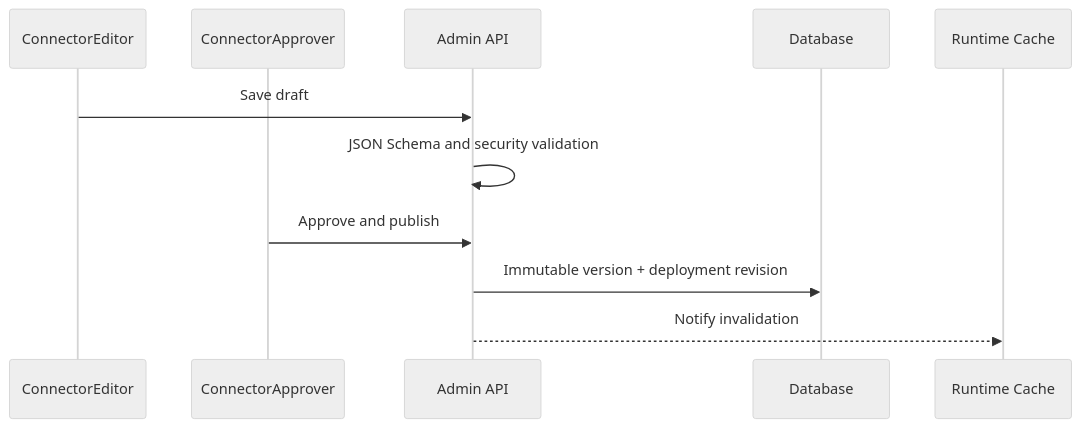
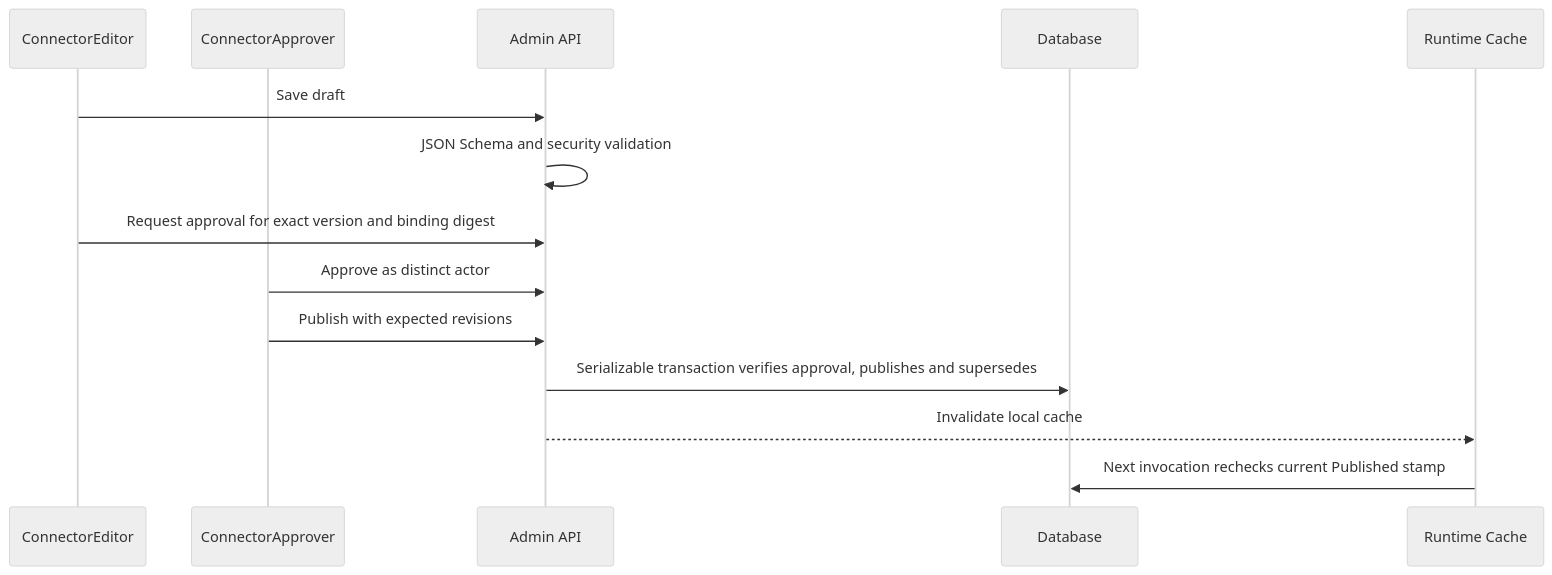
Before and after one commit to marcobiz/secure-integration-platform: the ninth of 12 diagrams in docs/architecture/sequence-diagrams.md, drawn with Mermaid (neutral theme). The commit also changed other lines of this file and 17 other files, not shown here.

Commit message:
docs(alpha): reconcile architecture security and deployment truth

````diff
--- a/docs/architecture/sequence-diagrams.md
+++ b/docs/architecture/sequence-diagrams.md
@@ -141,13 +148,16 @@
 ```mermaid
 sequenceDiagram
   participant E as ConnectorEditor
   participant A as ConnectorApprover
   participant G as Admin API
   participant D as Database
   participant R as Runtime Cache
   E->>G: Save draft
   G->>G: JSON Schema and security validation
-  A->>G: Approve and publish
-  G->>D: Immutable version + deployment revision
-  G-->>R: Notify invalidation
+  E->>G: Request approval for exact version and binding digest
+  A->>G: Approve as distinct actor
+  A->>G: Publish with expected revisions
+  G->>D: Serializable transaction verifies approval, publishes and supersedes
+  G-->>R: Invalidate local cache
+  R->>D: Next invocation rechecks current Published stamp
 ```
````
